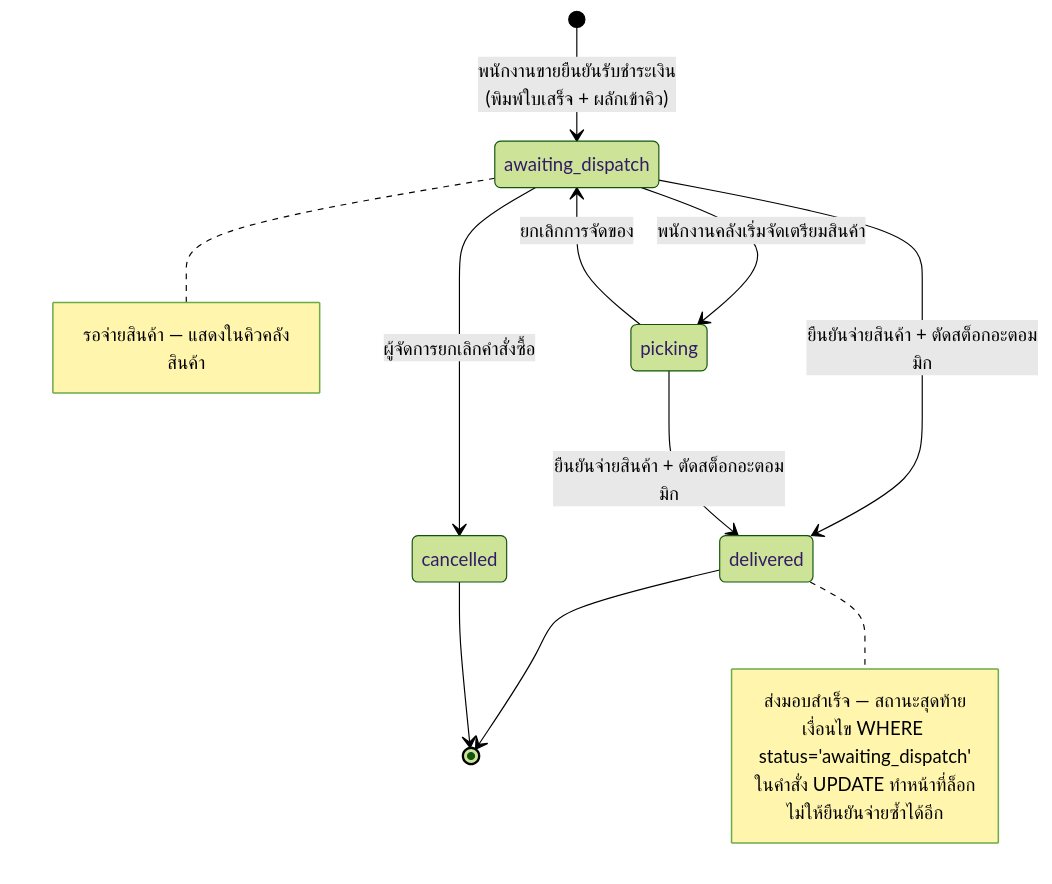
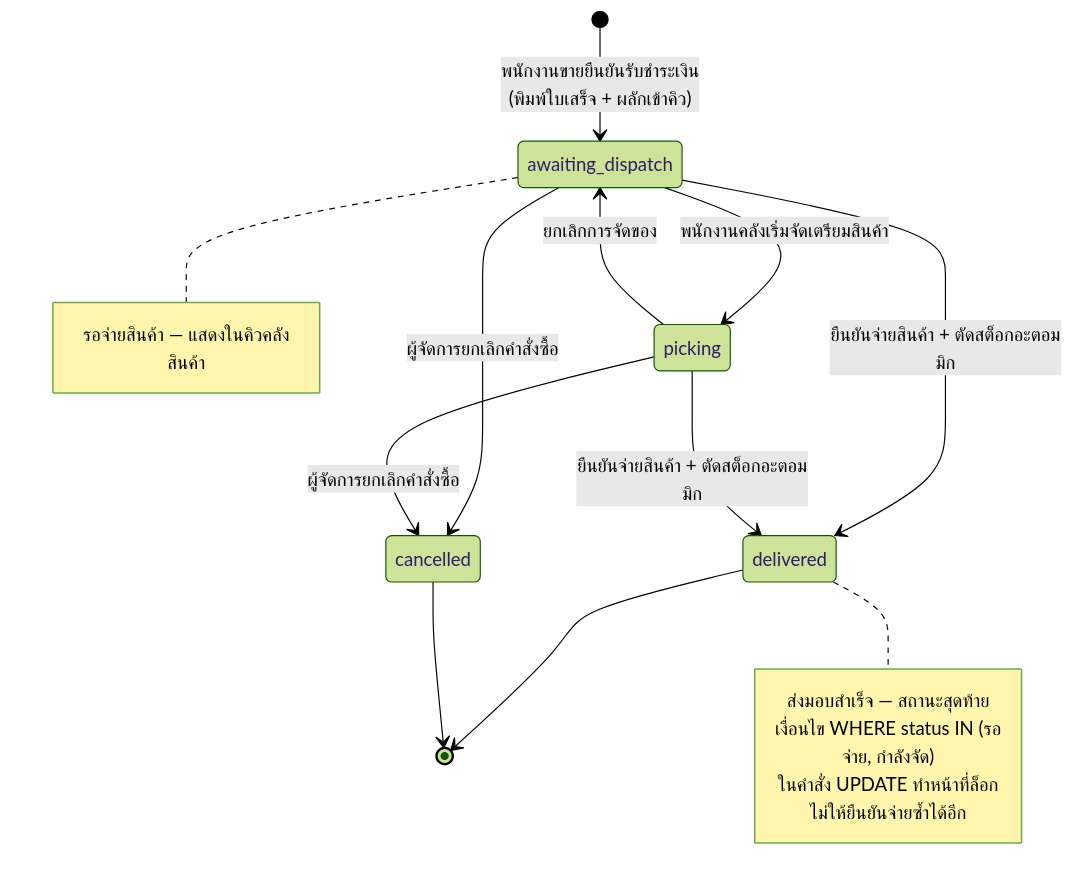
One commit to TriratWongsit/soml-pos-inventory changed the diagram in Documents/assets/diagrams/fig3-13_state_order.mmd. Above: the diagram before and after it, drawn with Mermaid (forest theme). The commit also changed 861 other files, not shown here.

```diff
--- a/Documents/assets/diagrams/fig3-13_state_order.mmd
+++ b/Documents/assets/diagrams/fig3-13_state_order.mmd
@@ -1,20 +1,21 @@
 stateDiagram-v2
     direction TB
     [*] --> awaiting_dispatch : พนักงานขายยืนยันรับชำระเงิน<br/>(พิมพ์ใบเสร็จ + ผลักเข้าคิว)
     awaiting_dispatch --> picking : พนักงานคลังเริ่มจัดเตรียมสินค้า
     picking --> awaiting_dispatch : ยกเลิกการจัดของ
     awaiting_dispatch --> delivered : ยืนยันจ่ายสินค้า + ตัดสต็อกอะตอมมิก
     picking --> delivered : ยืนยันจ่ายสินค้า + ตัดสต็อกอะตอมมิก
     awaiting_dispatch --> cancelled : ผู้จัดการยกเลิกคำสั่งซื้อ
+    picking --> cancelled : ผู้จัดการยกเลิกคำสั่งซื้อ
     delivered --> [*]
     cancelled --> [*]
 
     note right of awaiting_dispatch
         รอจ่ายสินค้า — แสดงในคิวคลังสินค้า
     end note
     note right of delivered
         ส่งมอบสำเร็จ — สถานะสุดท้าย
-        เงื่อนไข WHERE status='awaiting_dispatch'
+        เงื่อนไข WHERE status IN (รอจ่าย, กำลังจัด)
         ในคำสั่ง UPDATE ทำหน้าที่ล็อก
         ไม่ให้ยืนยันจ่ายซ้ำได้อีก
     end note
```
